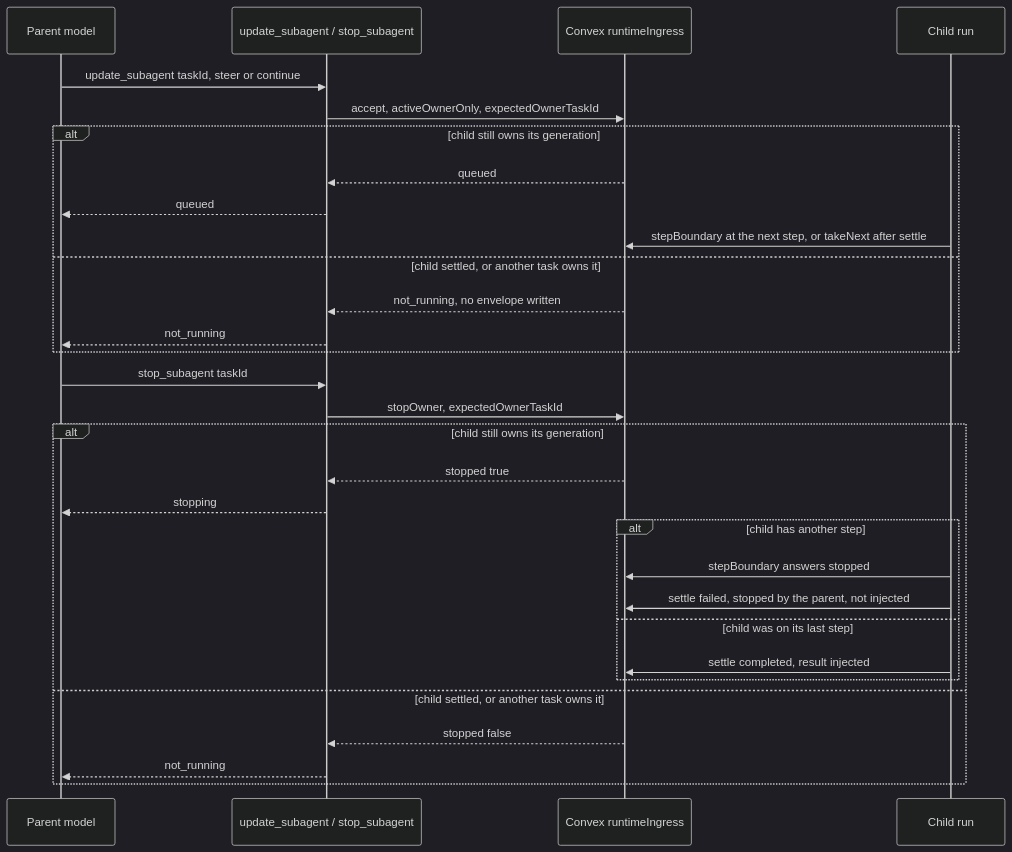
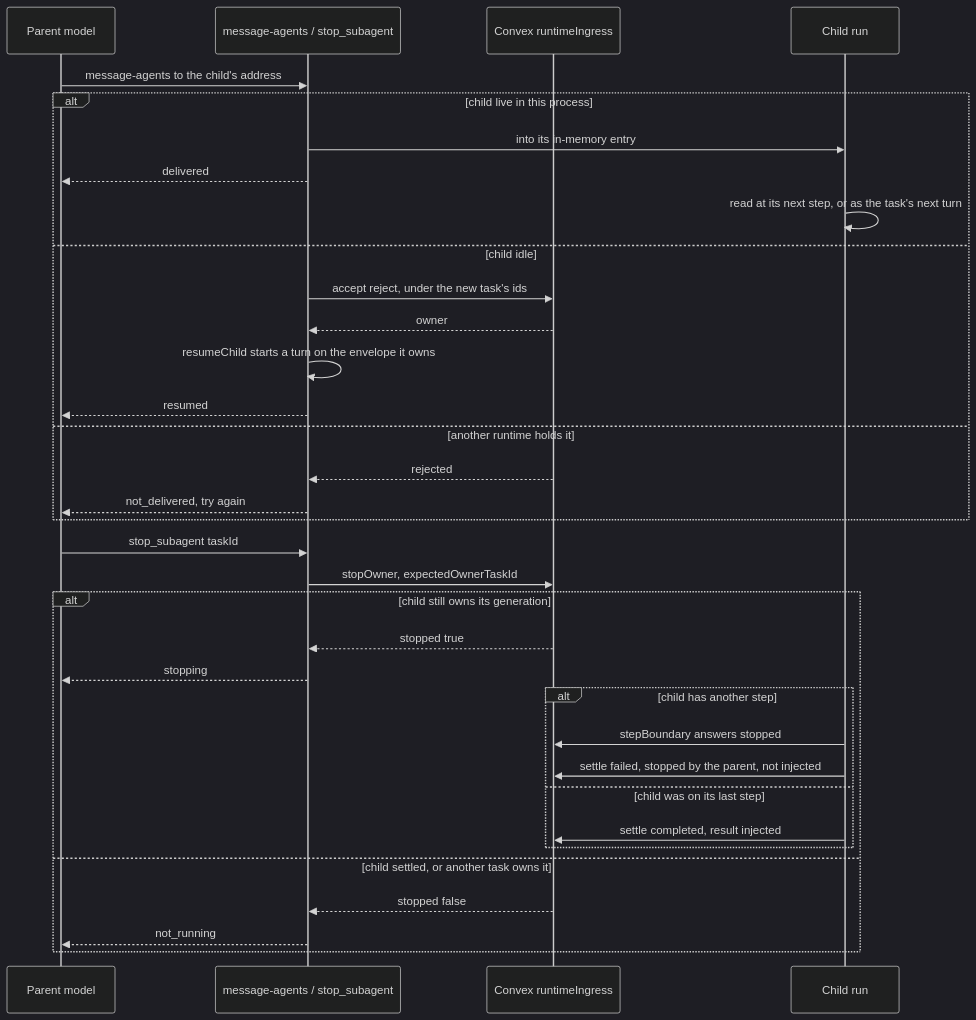
One commit to beeblastco/broods changed the fifth of 7 diagrams in apps/docs/docs/internals/subagents.md. Above: the diagram before and after it, drawn with Mermaid (dark theme). The commit also changed other lines of this file and 39 other files, not shown here.

First line of the commit message:
feat(core): add message-agents for two-way messages between a parent and its subagents (#1337)

````diff
--- a/apps/docs/docs/internals/subagents.md
+++ b/apps/docs/docs/internals/subagents.md
@@ -151,33 +153,37 @@
 ```mermaid
 sequenceDiagram
   participant P as Parent model
-  participant T as update_subagent / stop_subagent
+  participant T as message-agents / stop_subagent
   participant CX as Convex runtimeIngress
   participant Ch as Child run
 
-  P->>T: update_subagent taskId, steer or continue
-  T->>CX: accept, activeOwnerOnly, expectedOwnerTaskId
-  alt child still owns its generation
-    CX-->>T: queued
-    T-->>P: queued
-    Ch->>CX: stepBoundary at the next step, or takeNext after settle
-  else child settled, or another task owns it
-    CX-->>T: not_running, no envelope written
-    T-->>P: not_running
+  P->>T: message-agents to the child's address
+  alt child live in this process
+    T->>Ch: into its in-memory entry
+    T-->>P: delivered
+    Ch->>Ch: read at its next step, or as the task's next turn
+  else child idle
+    T->>CX: accept reject, under the new task's ids
+    CX-->>T: owner
+    T->>T: resumeChild starts a turn on the envelope it owns
+    T-->>P: resumed
+  else another runtime holds it
+    CX-->>T: rejected
+    T-->>P: not_delivered, try again
   end
   P->>T: stop_subagent taskId
   T->>CX: stopOwner, expectedOwnerTaskId
   alt child still owns its generation
     CX-->>T: stopped true
     T-->>P: stopping
     alt child has another step
       Ch->>CX: stepBoundary answers stopped
       Ch->>CX: settle failed, stopped by the parent, not injected
     else child was on its last step
       Ch->>CX: settle completed, result injected
     end
   else child settled, or another task owns it
     CX-->>T: stopped false
     T-->>P: not_running
   end
 ```
````
